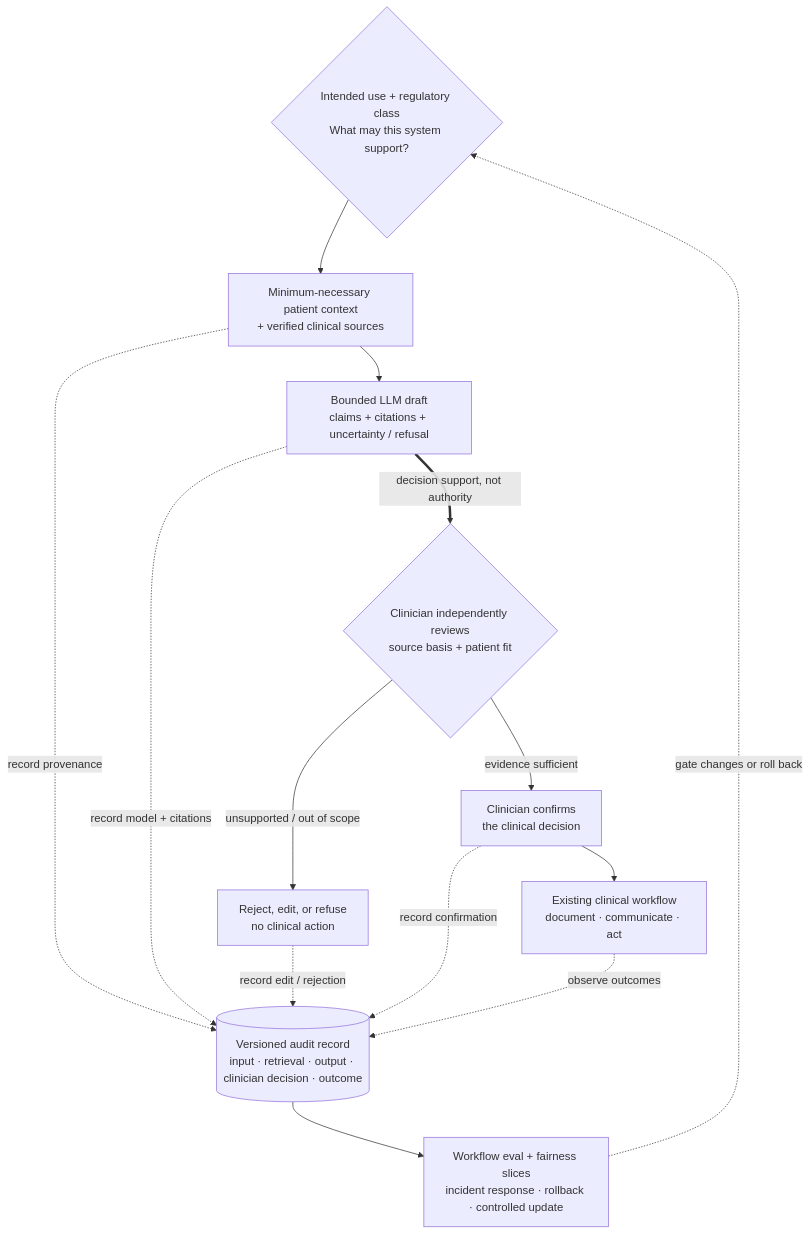
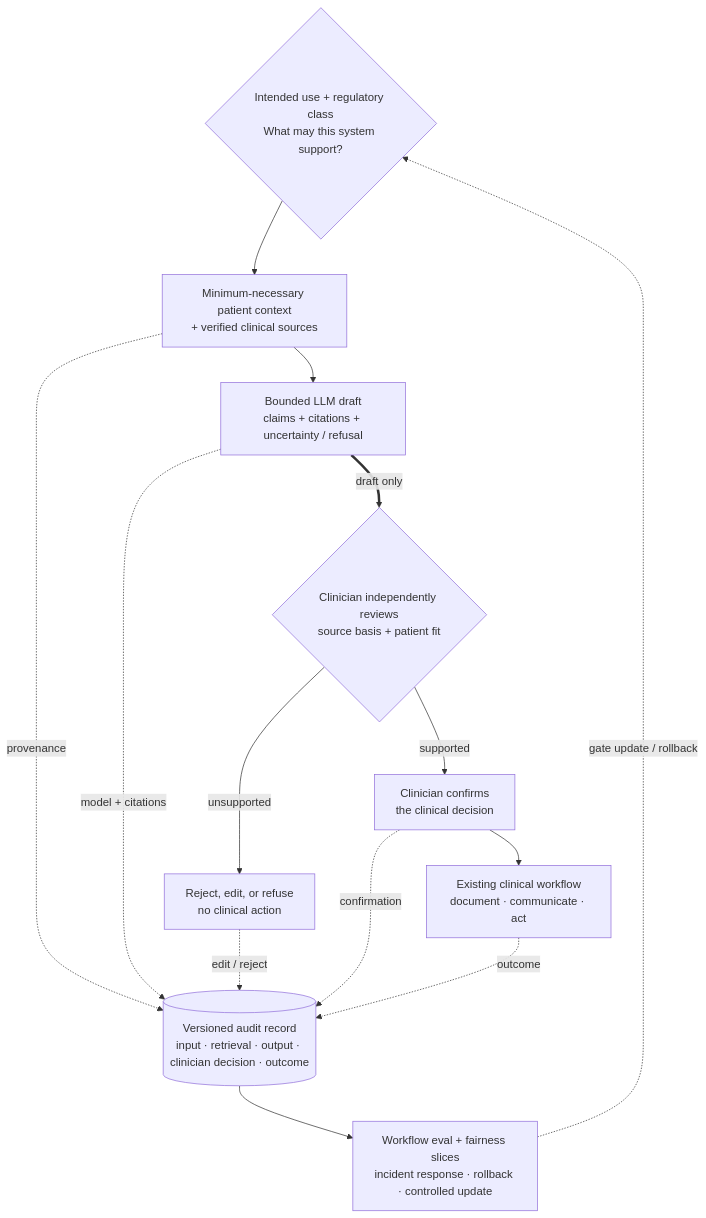
Before and after one commit to mlmentorship/mlmentorship.github.io: the diagram in src/content/posts/2026-03-07-llm-deployment-healthcare.md, drawn with Mermaid. The commit also changed other lines of this file and 11 other files, not shown here.

````diff
--- a/src/content/posts/2026-03-07-llm-deployment-healthcare.md
+++ b/src/content/posts/2026-03-07-llm-deployment-healthcare.md
@@ -46,33 +49,33 @@
 ```mermaid
 flowchart TB
   accTitle: A healthcare LLM supplies traceable evidence to a clinician, not an autonomous clinical action
   accDescr: Intended use and regulatory classification set a bounded task. Minimum-necessary patient context and verified clinical sources feed an LLM that returns a structured draft with claim-level citations and uncertainty or refusal. A clinician independently reviews the source basis and patient fit. Unsupported or out-of-scope output is rejected or edited and triggers no clinical action; accepted output becomes the clinician's decision in the existing clinical workflow. Inputs, retrievals, outputs, model version, clinician edits or acceptance, and downstream outcomes enter an audit record used for workflow evaluation, fairness slices, incident response, rollback, and controlled updates.
   Scope{"Intended use + regulatory class<br/>What may this system support?"}
   Evidence["Minimum-necessary patient context<br/>+ verified clinical sources"]
   Draft["Bounded LLM draft<br/>claims + citations + uncertainty / refusal"]
   Review{"Clinician independently reviews<br/>source basis + patient fit"}
   Stop["Reject, edit, or refuse<br/>no clinical action"]
   Decide["Clinician confirms<br/>the clinical decision"]
   Workflow["Existing clinical workflow<br/>document · communicate · act"]
   Trace[("Versioned audit record<br/>input · retrieval · output · clinician decision · outcome")]
   Operate["Workflow eval + fairness slices<br/>incident response · rollback · controlled update"]
   Scope --> Evidence
   Evidence --> Draft
-  Draft ==>|"decision support, not authority"| Review
-  Review -->|"unsupported / out of scope"| Stop
-  Review -->|"evidence sufficient"| Decide
+  Draft ==>|"draft only"| Review
+  Review -->|"unsupported"| Stop
+  Review -->|"supported"| Decide
   Decide --> Workflow
-  Evidence -.->|"record provenance"| Trace
-  Draft -.->|"record model + citations"| Trace
-  Stop -.->|"record edit / rejection"| Trace
-  Decide -.->|"record confirmation"| Trace
-  Workflow -.->|"observe outcomes"| Trace
+  Evidence -.->|"provenance"| Trace
+  Draft -.->|"model + citations"| Trace
+  Stop -.->|"edit / reject"| Trace
+  Decide -.->|"confirmation"| Trace
+  Workflow -.->|"outcome"| Trace
   Trace --> Operate
-  Operate -.->|"gate changes or roll back"| Scope
+  Operate -.->|"gate update / rollback"| Scope
   class Scope,Review viz-focus
   class Evidence viz-input
   class Trace viz-state
   class Decide,Workflow viz-output
   class Stop viz-warning
-  class Scope viz-tall
+  class Scope viz-tall,viz-wide
 ```
````
